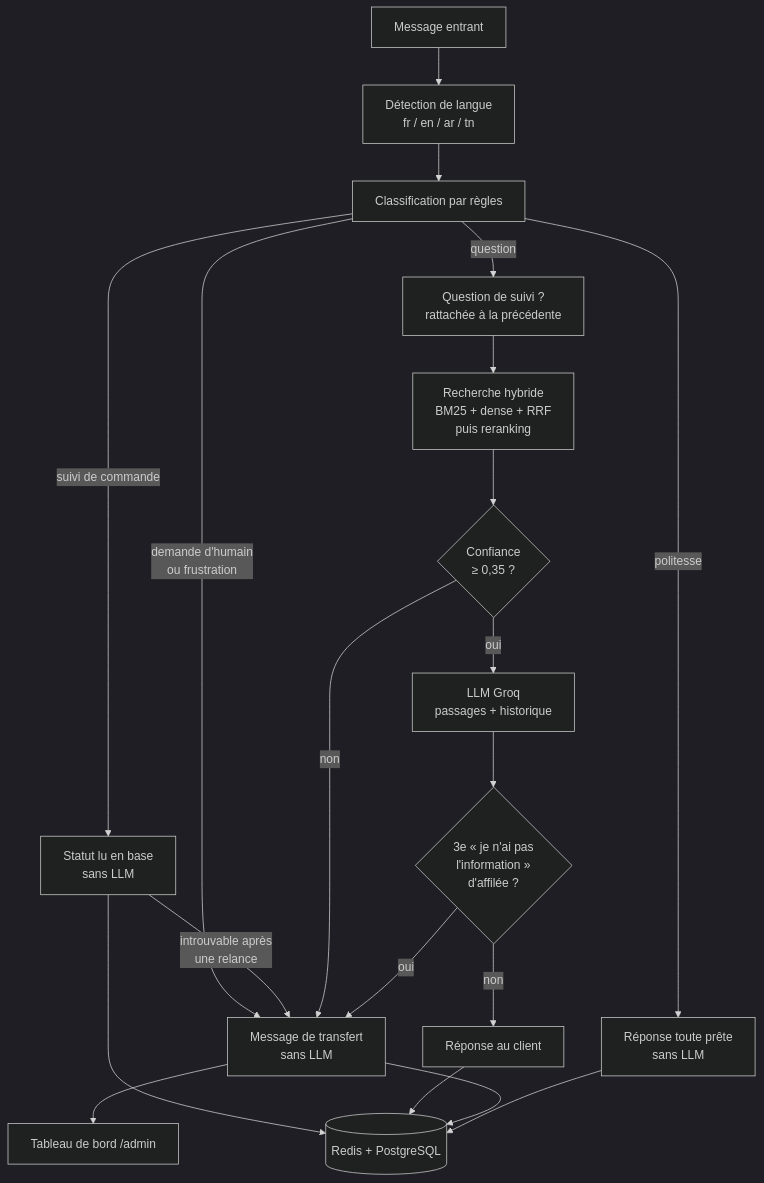
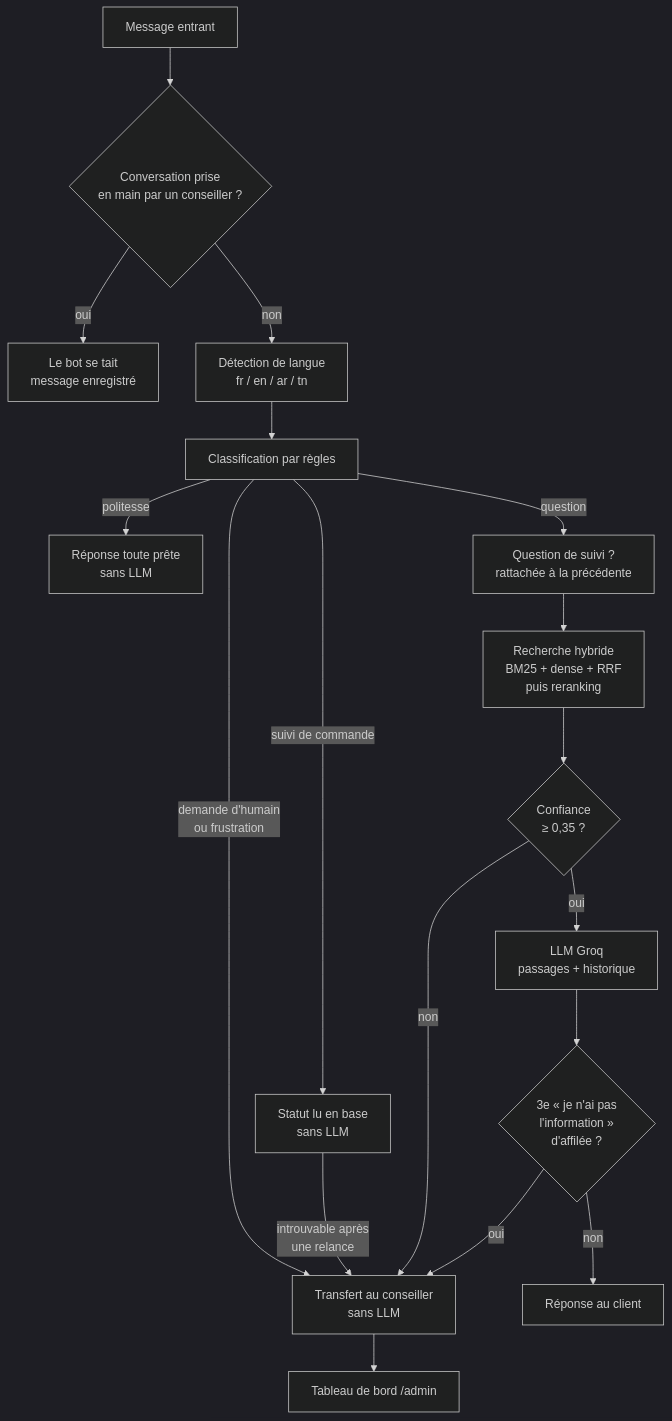
One commit to ramifourati922-ux/chatbot-ai changed the second of 2 diagrams in README.md. Above: the diagram before and after it, drawn with Mermaid (dark theme). The commit also changed other lines of this file and 1 other file, not shown here.

````diff
--- a/README.md
+++ b/README.md
@@ -140,22 +143,20 @@
 ```mermaid
 flowchart TD
-    A[Message entrant] --> B[Détection de langue<br/>fr / en / ar / tn]
+    A[Message entrant] --> P{Conversation prise<br/>en main par un conseiller ?}
+    P -->|oui| Z[Le bot se tait<br/>message enregistré]
+    P -->|non| B[Détection de langue<br/>fr / en / ar / tn]
     B --> C[Classification par règles]
-    C -->|demande d'humain<br/>ou frustration| T[Message de transfert<br/>sans LLM]
-    C -->|politesse| P[Réponse toute prête<br/>sans LLM]
+    C -->|demande d'humain<br/>ou frustration| T[Transfert au conseiller<br/>sans LLM]
+    C -->|politesse| R1[Réponse toute prête<br/>sans LLM]
     C -->|suivi de commande| O[Statut lu en base<br/>sans LLM]
     O -->|introuvable après<br/>une relance| T
-    O --> DB
     C -->|question| S[Question de suivi ?<br/>rattachée à la précédente]
     S --> R[Recherche hybride<br/>BM25 + dense + RRF<br/>puis reranking]
     R --> K{Confiance<br/>≥ 0,35 ?}
     K -->|non| T
     K -->|oui| L[LLM Groq<br/>passages + historique]
     L --> F{3e « je n'ai pas<br/>l'information »<br/>d'affilée ?}
     F -->|oui| T
     F -->|non| H[Réponse au client]
     T --> D[Tableau de bord /admin]
-    H --> DB[(Redis + PostgreSQL)]
-    P --> DB
-    T --> DB
 ```
````
